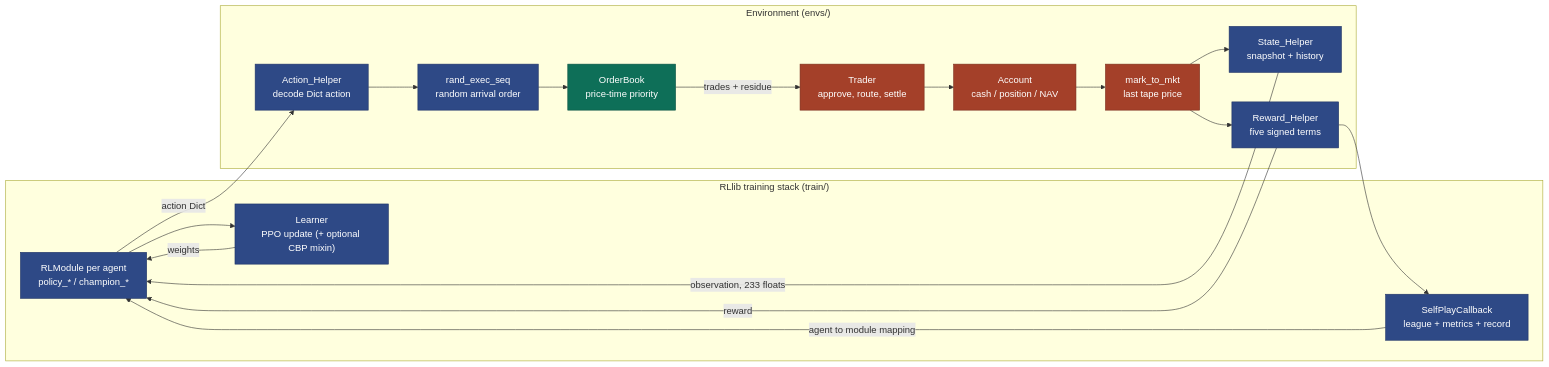
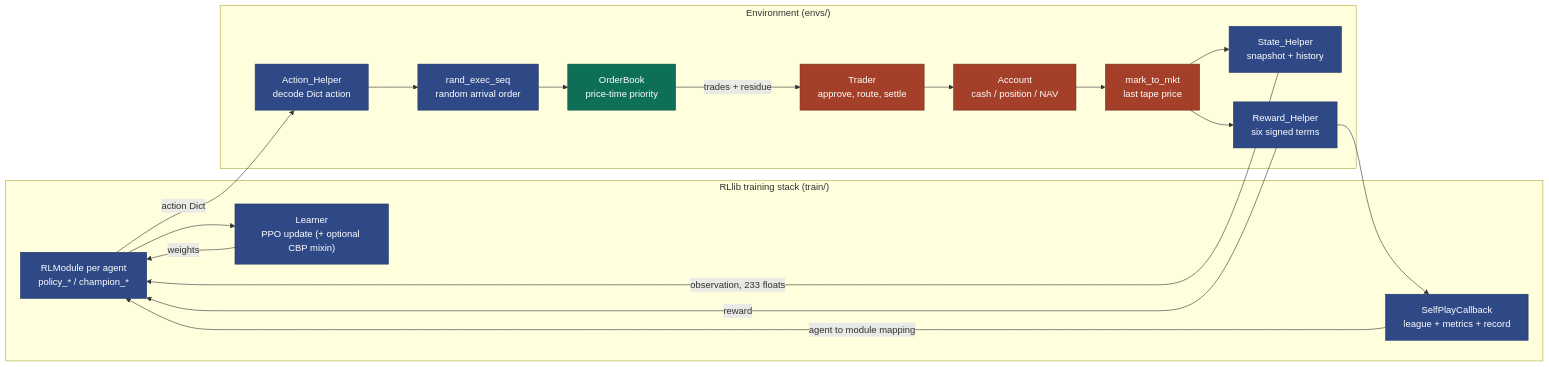
The diagram in README.md (ChuaCheowHuan/gym-continuousDoubleAuction), drawn with Mermaid before and after one commit. The commit also changed 16 other files, not shown here.

````diff
--- a/README.md
+++ b/README.md
@@ -18,40 +18,40 @@
 ```mermaid
 flowchart LR
     subgraph RL["RLlib training stack (train/)"]
         POL["RLModule per agent<br/>policy_* / champion_*"]
         LRN["Learner<br/>PPO update (+ optional CBP mixin)"]
         CB["SelfPlayCallback<br/>league + metrics + record"]
     end
 
     subgraph ENV["Environment (envs/)"]
         ACT["Action_Helper<br/>decode Dict action"]
         SHUF["rand_exec_seq<br/>random arrival order"]
         LOB["OrderBook<br/>price-time priority"]
         TRD["Trader<br/>approve, route, settle"]
         ACC["Account<br/>cash / position / NAV"]
         MTM["mark_to_mkt<br/>last tape price"]
         OBS["State_Helper<br/>snapshot + history"]
-        REW["Reward_Helper<br/>five signed terms"]
+        REW["Reward_Helper<br/>six signed terms"]
     end
 
     POL -->|"action Dict"| ACT
     ACT --> SHUF --> LOB
     LOB -->|"trades + residue"| TRD
     TRD --> ACC
     ACC --> MTM
     MTM --> OBS
     MTM --> REW
     OBS -->|"observation, 233 floats"| POL
     REW -->|"reward"| POL
     REW --> CB
     CB -->|"agent to module mapping"| POL
     POL --> LRN
     LRN -->|"weights"| POL
 
     classDef learn fill:#2E4986,stroke:#1F3366,color:#fff
     classDef book fill:#0E6F58,stroke:#0A5242,color:#fff
     classDef ledger fill:#A44029,stroke:#7A2F1E,color:#fff
     class POL,LRN,CB,ACT,SHUF,OBS,REW learn
     class LOB book
     class TRD,ACC,MTM ledger
 ```
````
